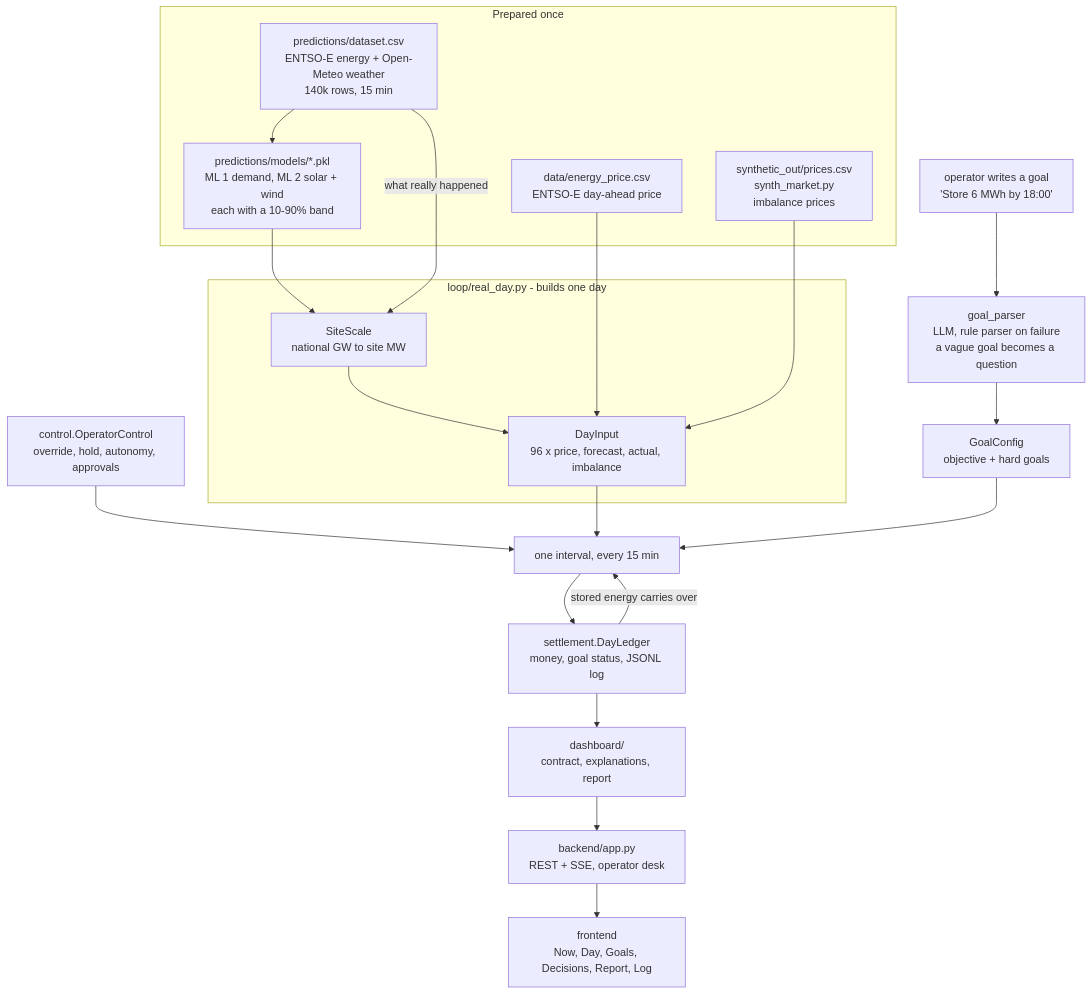
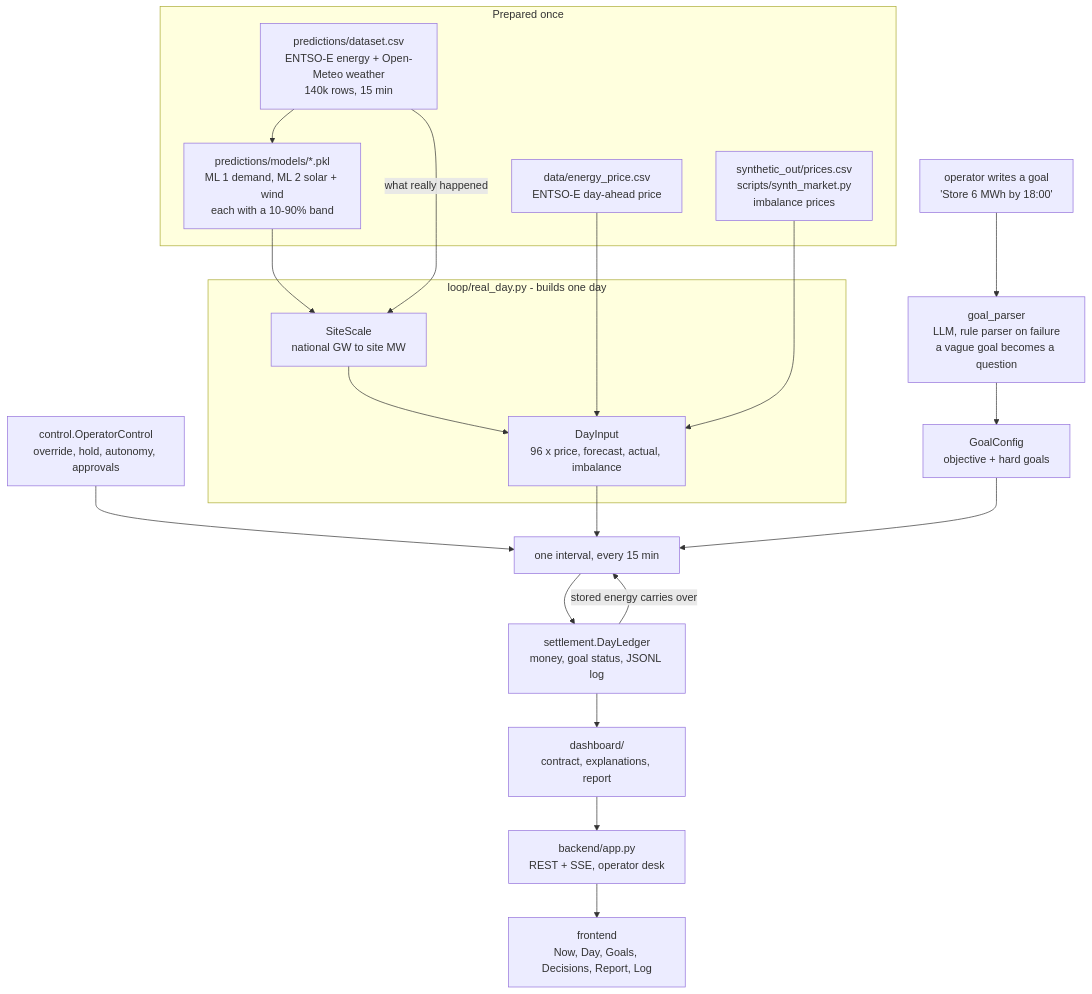
The first of 4 diagrams in README.md (TeodorLepadatu/GitRekt-smarthack2026), drawn with Mermaid before and after one commit. The commit also changed other lines of this file, not shown here.

````diff
--- a/README.md
+++ b/README.md
@@ -161,33 +164,33 @@
 ```mermaid
 flowchart TB
     subgraph prep["Prepared once"]
         DATASET["predictions/dataset.csv<br/>ENTSO-E energy + Open-Meteo weather<br/>140k rows, 15 min"]
         DAPRICE["data/energy_price.csv<br/>ENTSO-E day-ahead price"]
-        IMBCSV["synthetic_out/prices.csv<br/>synth_market.py<br/>imbalance prices"]
+        IMBCSV["synthetic_out/prices.csv<br/>scripts/synth_market.py<br/>imbalance prices"]
         MODELS["predictions/models/*.pkl<br/>ML 1 demand, ML 2 solar + wind<br/>each with a 10-90% band"]
         DATASET --> MODELS
     end
 
     subgraph build["loop/real_day.py - builds one day"]
         SCALE["SiteScale<br/>national GW to site MW"]
         DAYIN["DayInput<br/>96 x price, forecast, actual, imbalance"]
     end
 
     MODELS --> SCALE
     DATASET -->|"what really happened"| SCALE
     SCALE --> DAYIN
     DAPRICE --> DAYIN
     IMBCSV --> DAYIN
 
     GOALTXT["operator writes a goal<br/>'Store 6 MWh by 18:00'"] --> GP["goal_parser<br/>LLM, rule parser on failure<br/>a vague goal becomes a question"]
     GP --> GC["GoalConfig<br/>objective + hard goals"]
 
     OP["control.OperatorControl<br/>override, hold, autonomy, approvals"] --> CYCLE
     DAYIN --> CYCLE["one interval, every 15 min"]
     GC --> CYCLE
     CYCLE --> LEDGER["settlement.DayLedger<br/>money, goal status, JSONL log"]
     LEDGER -->|"stored energy carries over"| CYCLE
     LEDGER --> CONTRACT["dashboard/<br/>contract, explanations, report"]
     CONTRACT --> BACKEND["backend/app.py<br/>REST + SSE, operator desk"]
     BACKEND --> UI["frontend<br/>Now, Day, Goals, Decisions, Report, Log"]
 ```
````
